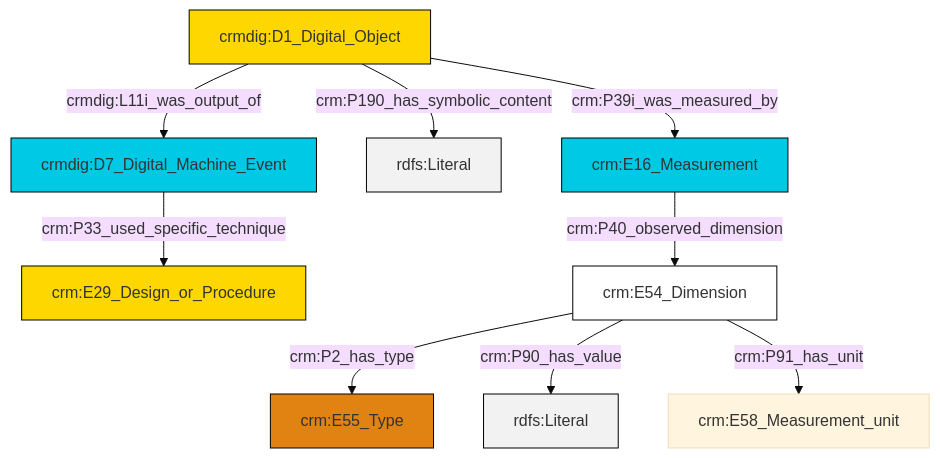
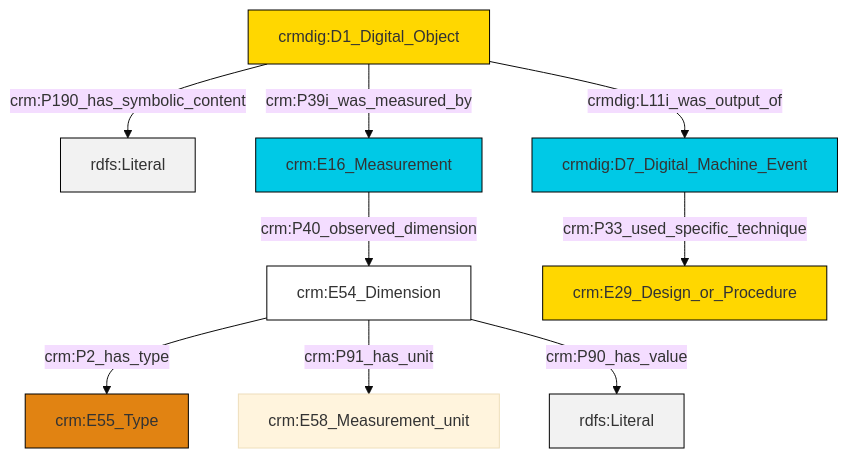
Before and after one commit to ncarboni/srdm: the diagram in et/doCSV/ttl/mmd/do_substance.ttl.mmd, drawn with Mermaid (base theme). The commit also changed 127 other files, not shown here.

```diff
--- a/et/doCSV/ttl/mmd/do_substance.ttl.mmd
+++ b/et/doCSV/ttl/mmd/do_substance.ttl.mmd
@@ -1,23 +1,23 @@
 graph TD
 classDef Literal fill:#f2f2f2,stroke:#000000;
 classDef CRM_Entity fill:#FFFFFF,stroke:#000000;
 classDef Temporal_Entity fill:#00C9E6, stroke:#000000;
 classDef Type fill:#E18312, stroke:#000000;
 classDef Time-Span fill:#2C9C91, stroke:#000000;
 classDef Appellation fill:#FFEB7F, stroke:#000000;
 classDef Place fill:#008836, stroke:#000000;
 classDef Persistent_Item fill:#B266B2, stroke:#000000;
 classDef Conceptual_Object fill:#FFD700, stroke:#000000;
 classDef Physical_Thing fill:#D2B48C, stroke:#000000;
 classDef Actor fill:#f58aad, stroke:#000000;
 classDef PC_Classes fill:#4ce600, stroke:#000000;
 classDef Multi fill:#cccccc,stroke:#000000;
 
-4["crm:E54_Dimension"]:::CRM_Entity -->|crm:P2_has_type| 5["crm:E55_Type"]:::Type
-7["crmdig:D1_Digital_Object"]:::Conceptual_Object -->|crm:P39i_was_measured_by| 8["crm:E16_Measurement"]:::Temporal_Entity
-4["crm:E54_Dimension"]:::CRM_Entity -->|crm:P90_has_value| 9[rdfs:Literal]:::Literal
-7["crmdig:D1_Digital_Object"]:::Conceptual_Object -->|crm:P190_has_symbolic_content| 10[rdfs:Literal]:::Literal
-7["crmdig:D1_Digital_Object"]:::Conceptual_Object -->|crmdig:L11i_was_output_of| 11["crmdig:D7_Digital_Machine_Event"]:::Temporal_Entity
-4["crm:E54_Dimension"]:::CRM_Entity -->|crm:P91_has_unit| 2["crm:E58_Measurement_unit"]:::Default
-11["crmdig:D7_Digital_Machine_Event"]:::Temporal_Entity -->|crm:P33_used_specific_technique| 0["crm:E29_Design_or_Procedure"]:::Conceptual_Object
-8["crm:E16_Measurement"]:::Temporal_Entity -->|crm:P40_observed_dimension| 4["crm:E54_Dimension"]:::CRM_Entity
+0["crmdig:D1_Digital_Object"]:::Conceptual_Object -->|crm:P190_has_symbolic_content| 1[rdfs:Literal]:::Literal
+2["crm:E54_Dimension"]:::CRM_Entity -->|crm:P2_has_type| 3["crm:E55_Type"]:::Type
+4["crmdig:D7_Digital_Machine_Event"]:::Temporal_Entity -->|crm:P33_used_specific_technique| 5["crm:E29_Design_or_Procedure"]:::Conceptual_Object
+0["crmdig:D1_Digital_Object"]:::Conceptual_Object -->|crmdig:L11i_was_output_of| 4["crmdig:D7_Digital_Machine_Event"]:::Temporal_Entity
+2["crm:E54_Dimension"]:::CRM_Entity -->|crm:P91_has_unit| 9["crm:E58_Measurement_unit"]:::Default
+2["crm:E54_Dimension"]:::CRM_Entity -->|crm:P90_has_value| 13[rdfs:Literal]:::Literal
+7["crm:E16_Measurement"]:::Temporal_Entity -->|crm:P40_observed_dimension| 2["crm:E54_Dimension"]:::CRM_Entity
+0["crmdig:D1_Digital_Object"]:::Conceptual_Object -->|crm:P39i_was_measured_by| 7["crm:E16_Measurement"]:::Temporal_Entity
```
